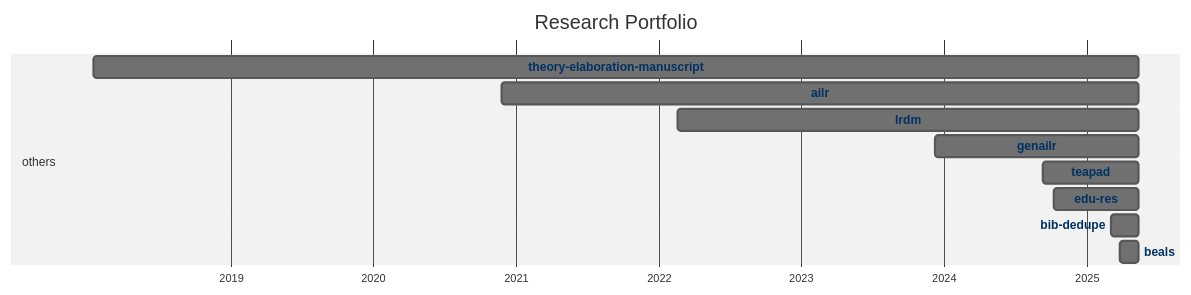
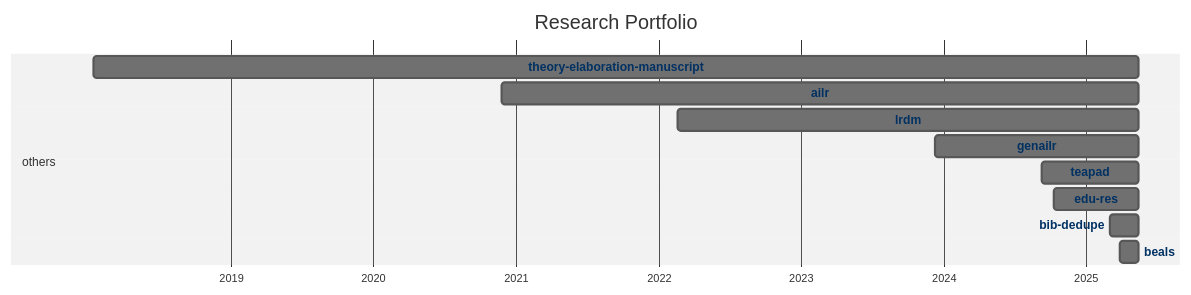
Before and after one commit to digital-work-lab/handbook: the diagram in docs/20-research/25-projects-gantt.md, drawn with Mermaid (neutral theme).

Commit message:
Update repository overview

````diff
--- a/docs/20-research/25-projects-gantt.md
+++ b/docs/20-research/25-projects-gantt.md
@@ -8,35 +8,35 @@
 ```mermaid
 ---
 displayMode: compact
 ---
 gantt
 title Research Portfolio
 dateFormat YYYY-MM-DD
 axisFormat %Y
 
     section work_practices
 
     section distributed_organizing
 
     section knowledge_synthesis
 
     section others
-        beals :beals, 2025-03-28, 2025-05-14
-        bib-dedupe :bib-dedupe, 2025-03-04, 2025-05-14
-        edu-res :edu-res, 2024-10-10, 2025-05-14
-        teapad :teapad, 2024-09-10, 2025-05-14
-        genailr :genailr, 2023-12-10, 2025-05-14
-        lrdm :lrdm, 2022-02-20, 2025-05-14
-        ailr :ailr, 2020-11-26, 2025-05-14
-        theory-elaboration-manuscript :theory-elaboration-manuscript, 2018-01-15, 2025-05-14
+        beals :beals, 2025-03-28, 2025-05-15
+        bib-dedupe :bib-dedupe, 2025-03-04, 2025-05-15
+        edu-res :edu-res, 2024-10-10, 2025-05-15
+        teapad :teapad, 2024-09-10, 2025-05-15
+        genailr :genailr, 2023-12-10, 2025-05-15
+        lrdm :lrdm, 2022-02-20, 2025-05-15
+        ailr :ailr, 2020-11-26, 2025-05-15
+        theory-elaboration-manuscript :theory-elaboration-manuscript, 2018-01-15, 2025-05-15
 
 
     click beals href "{{ site.baseurl }}/docs/20-research/25-projects/_repos/beals"
     click bib-dedupe href "{{ site.baseurl }}/docs/20-research/25-projects/_repos/bib-dedupe"
     click edu-res href "{{ site.baseurl }}/docs/20-research/25-projects/_repos/edu-res"
     click teapad href "{{ site.baseurl }}/docs/20-research/25-projects/_repos/teapad"
     click genailr href "{{ site.baseurl }}/docs/20-research/25-projects/_repos/genailr"
     click lrdm href "{{ site.baseurl }}/docs/20-research/25-projects/_repos/lrdm"
     click ailr href "{{ site.baseurl }}/docs/20-research/25-projects/_repos/ailr"
     click theory-elaboration-manuscript href "{{ site.baseurl }}/docs/20-research/25-projects/_repos/theory-elaboration-manuscript"
 ```
````
